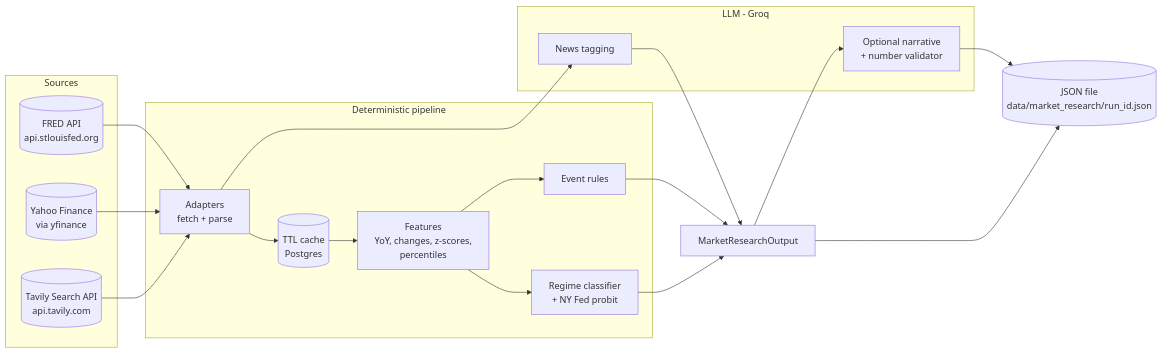
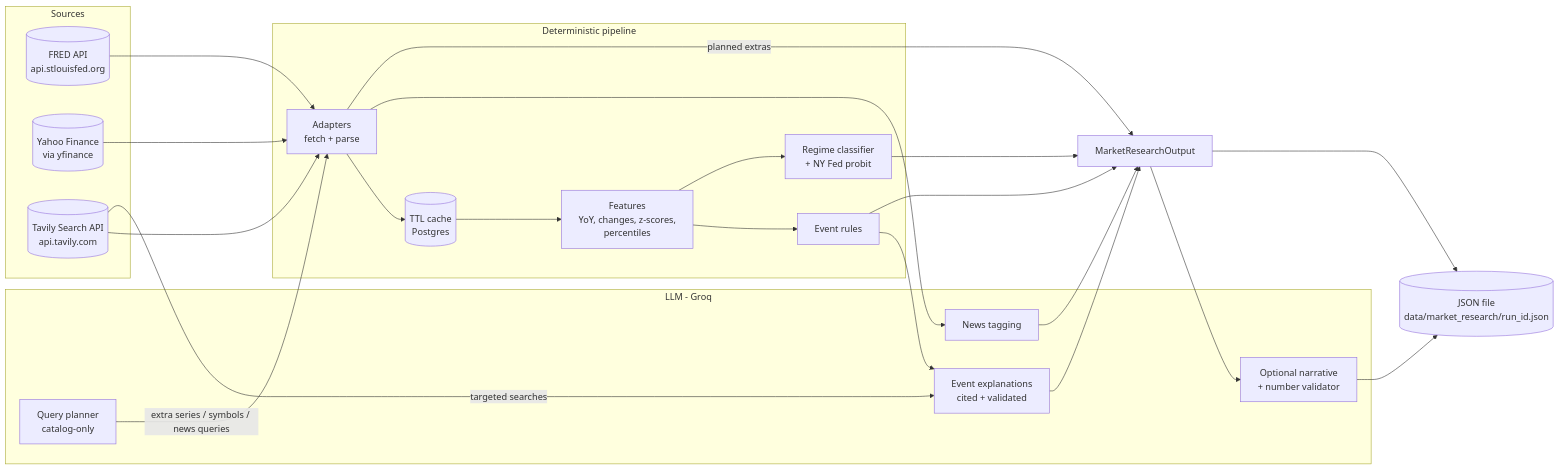
The diagram in backend/app/agents/market_researcher/market_research_explain.md (Yuwei-teo-tyw/IS4000_finAI), drawn with Mermaid before and after one commit. The commit also changed other lines of this file and 28 other files, not shown here.

````diff
--- a/backend/app/agents/market_researcher/market_research_explain.md
+++ b/backend/app/agents/market_researcher/market_research_explain.md
@@ -41,27 +41,34 @@
 ```mermaid
 flowchart LR
     subgraph Sources
         FRED[(FRED API<br/>api.stlouisfed.org)]
         YF[(Yahoo Finance<br/>via yfinance)]
         TAV[(Tavily Search API<br/>api.tavily.com)]
     end
     subgraph Deterministic pipeline
         A[Adapters<br/>fetch + parse] --> C[(TTL cache<br/>Postgres)]
         C --> F[Features<br/>YoY, changes, z-scores,<br/>percentiles]
         F --> E[Event rules]
         F --> R[Regime classifier<br/>+ NY Fed probit]
     end
     subgraph LLM - Groq
+        P[Query planner<br/>catalog-only]
         T[News tagging]
+        X[Event explanations<br/>cited + validated]
         N[Optional narrative<br/>+ number validator]
     end
     FRED --> A
     YF --> A
     TAV --> A
+    P -->|extra series / symbols / news queries| A
     A --> T
+    E --> X
+    TAV -->|targeted searches| X
     E --> OUT
     R --> OUT
     T --> OUT
+    X --> OUT
+    A -->|planned extras| OUT
     OUT[MarketResearchOutput] --> N --> J[(JSON file<br/>data/market_research/run_id.json)]
     OUT --> J
 ```
````
